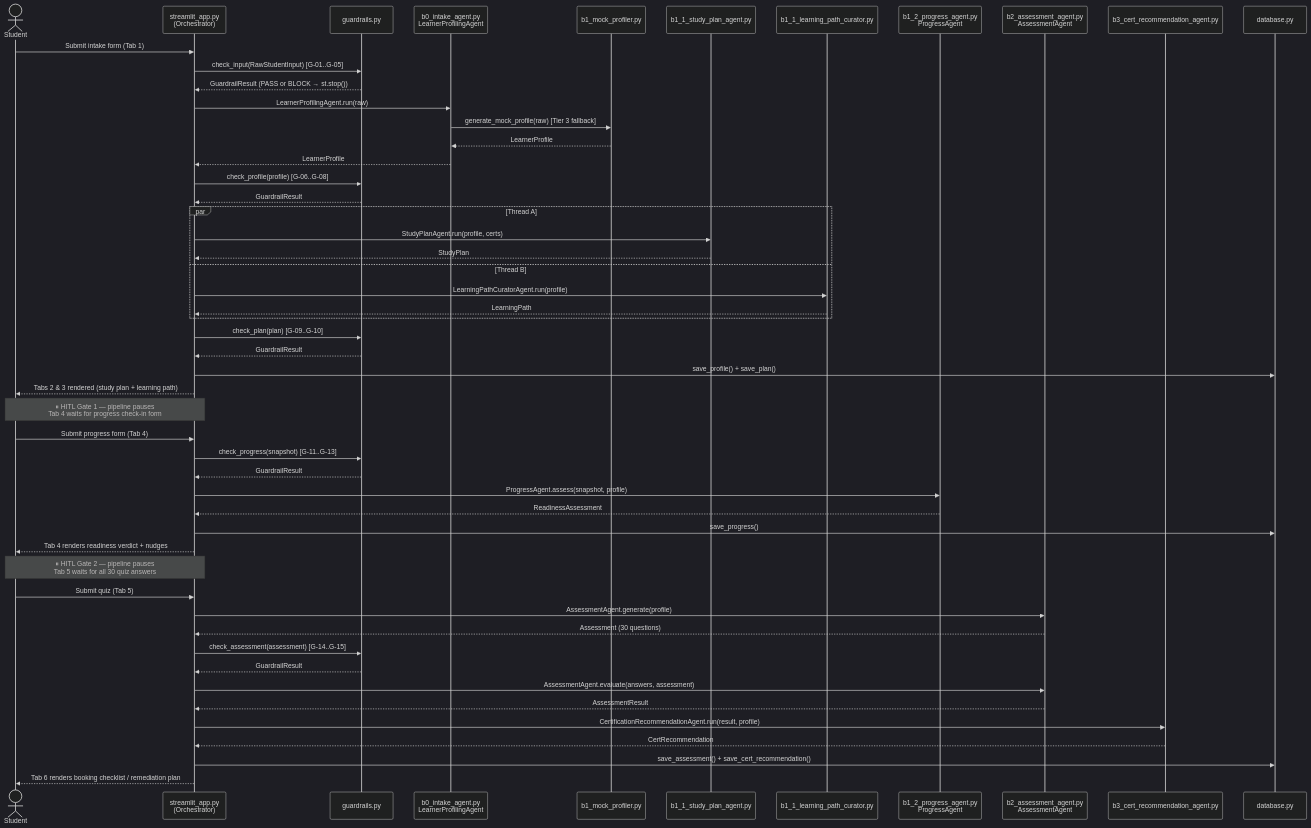
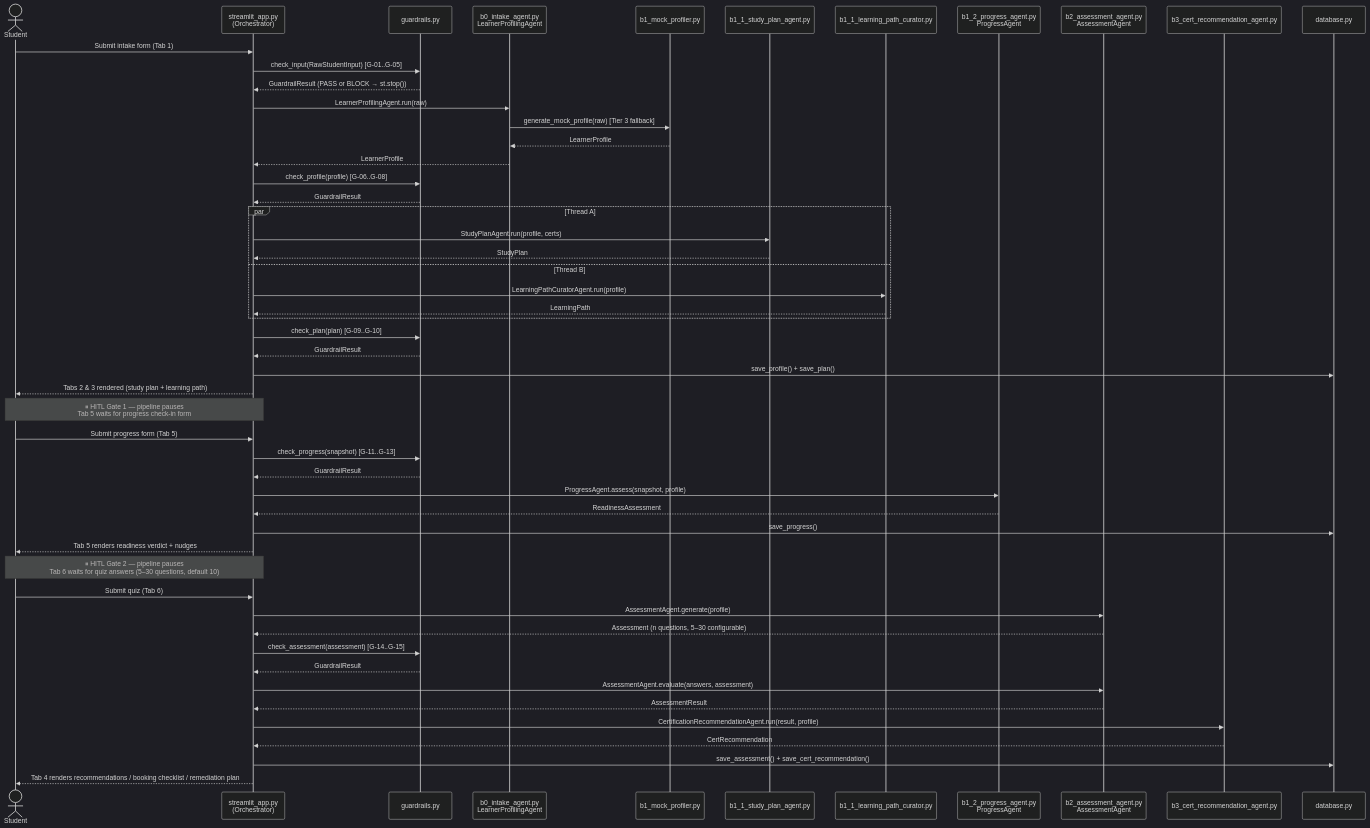
Before and after one commit to athiq-ahmed/agentsleague: the second of 3 diagrams in docs/technical_documentation.md, drawn with Mermaid (dark theme). The commit also changed other lines of this file and 5 other files, not shown here.

First line of the commit message:
docs: fix 6-tab→7-tab (add Recommendations + Raw JSON tabs), quiz count 30→default 10 (5-30 configurable), pass threshold 70→60%, fix all HITL gate tab refs across all docs

````diff
--- a/docs/technical_documentation.md
+++ b/docs/technical_documentation.md
@@ -904,63 +904,63 @@
 ```mermaid
 sequenceDiagram
     actor Student
     participant UI as streamlit_app.py<br/>(Orchestrator)
     participant GR as guardrails.py
     participant B0 as b0_intake_agent.py<br/>LearnerProfilingAgent
     participant Mock as b1_mock_profiler.py
     participant B1a as b1_1_study_plan_agent.py
     participant B1b as b1_1_learning_path_curator.py
     participant B12 as b1_2_progress_agent.py<br/>ProgressAgent
     participant B2 as b2_assessment_agent.py<br/>AssessmentAgent
     participant B3 as b3_cert_recommendation_agent.py
     participant DB as database.py
 
     Student->>UI: Submit intake form (Tab 1)
     UI->>GR: check_input(RawStudentInput) [G-01..G-05]
     GR-->>UI: GuardrailResult (PASS or BLOCK → st.stop())
 
     UI->>B0: LearnerProfilingAgent.run(raw)
     B0->>Mock: generate_mock_profile(raw)  [Tier 3 fallback]
     Mock-->>B0: LearnerProfile
     B0-->>UI: LearnerProfile
 
     UI->>GR: check_profile(profile) [G-06..G-08]
     GR-->>UI: GuardrailResult
 
     par Thread A
         UI->>B1a: StudyPlanAgent.run(profile, certs)
         B1a-->>UI: StudyPlan
     and Thread B
         UI->>B1b: LearningPathCuratorAgent.run(profile)
         B1b-->>UI: LearningPath
     end
 
     UI->>GR: check_plan(plan) [G-09..G-10]
     GR-->>UI: GuardrailResult
     UI->>DB: save_profile() + save_plan()
     UI-->>Student: Tabs 2 & 3 rendered (study plan + learning path)
 
-    Note over Student,UI: ⏸ HITL Gate 1 — pipeline pauses<br/>Tab 4 waits for progress check-in form
+    Note over Student,UI: ⏸ HITL Gate 1 — pipeline pauses<br/>Tab 5 waits for progress check-in form
 
-    Student->>UI: Submit progress form (Tab 4)
+    Student->>UI: Submit progress form (Tab 5)
     UI->>GR: check_progress(snapshot) [G-11..G-13]
     GR-->>UI: GuardrailResult
     UI->>B12: ProgressAgent.assess(snapshot, profile)
     B12-->>UI: ReadinessAssessment
     UI->>DB: save_progress()
-    UI-->>Student: Tab 4 renders readiness verdict + nudges
+    UI-->>Student: Tab 5 renders readiness verdict + nudges
 
-    Note over Student,UI: ⏸ HITL Gate 2 — pipeline pauses<br/>Tab 5 waits for all 30 quiz answers
+    Note over Student,UI: ⏸ HITL Gate 2 — pipeline pauses<br/>Tab 6 waits for quiz answers (5–30 questions, default 10)
 
-    Student->>UI: Submit quiz (Tab 5)
+    Student->>UI: Submit quiz (Tab 6)
     UI->>B2: AssessmentAgent.generate(profile)
-    B2-->>UI: Assessment (30 questions)
+    B2-->>UI: Assessment (n questions, 5–30 configurable)
     UI->>GR: check_assessment(assessment) [G-14..G-15]
     GR-->>UI: GuardrailResult
     UI->>B2: AssessmentAgent.evaluate(answers, assessment)
     B2-->>UI: AssessmentResult
     UI->>B3: CertificationRecommendationAgent.run(result, profile)
     B3-->>UI: CertRecommendation
     UI->>DB: save_assessment() + save_cert_recommendation()
-    UI-->>Student: Tab 6 renders booking checklist / remediation plan
+    UI-->>Student: Tab 4 renders recommendations / booking checklist / remediation plan
 ```
````
